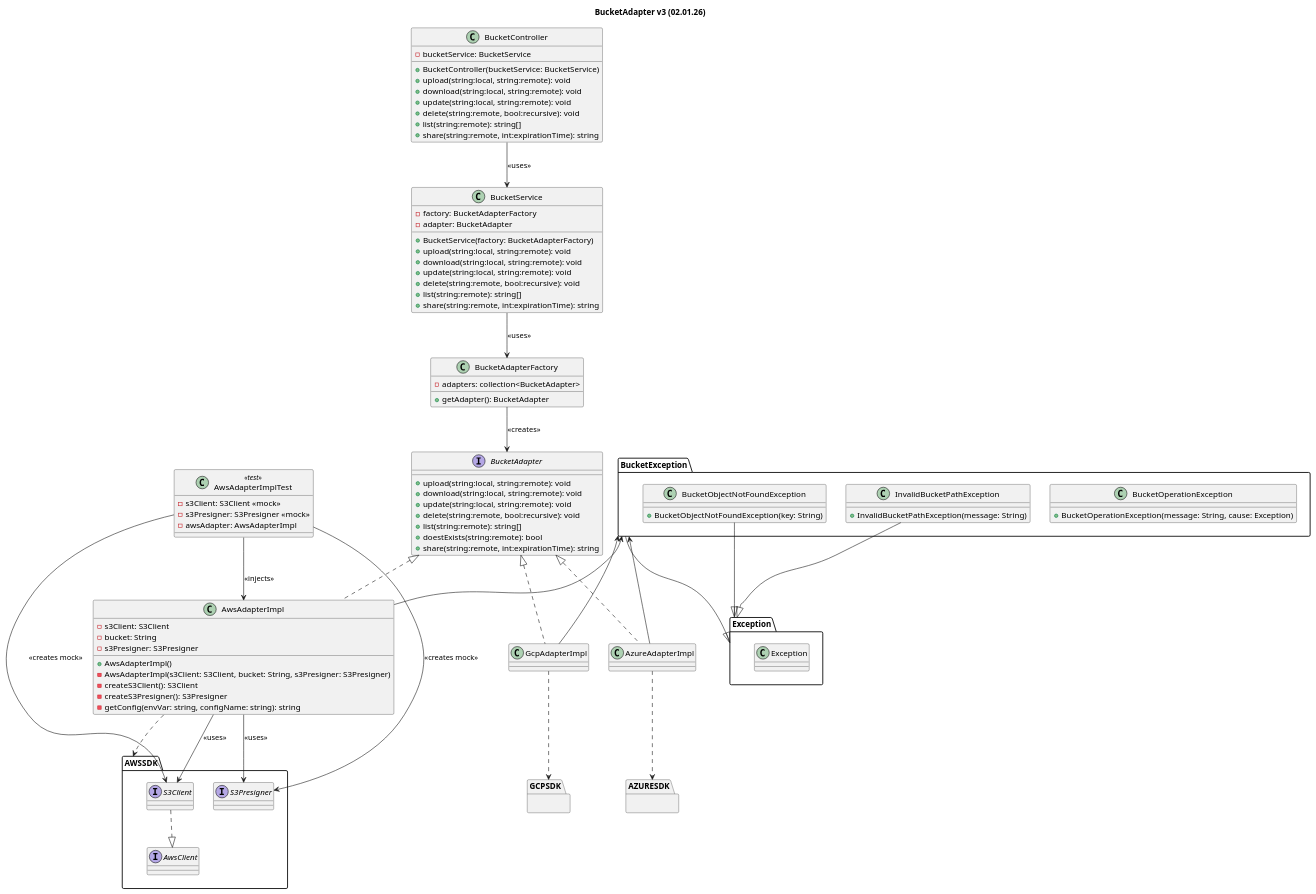
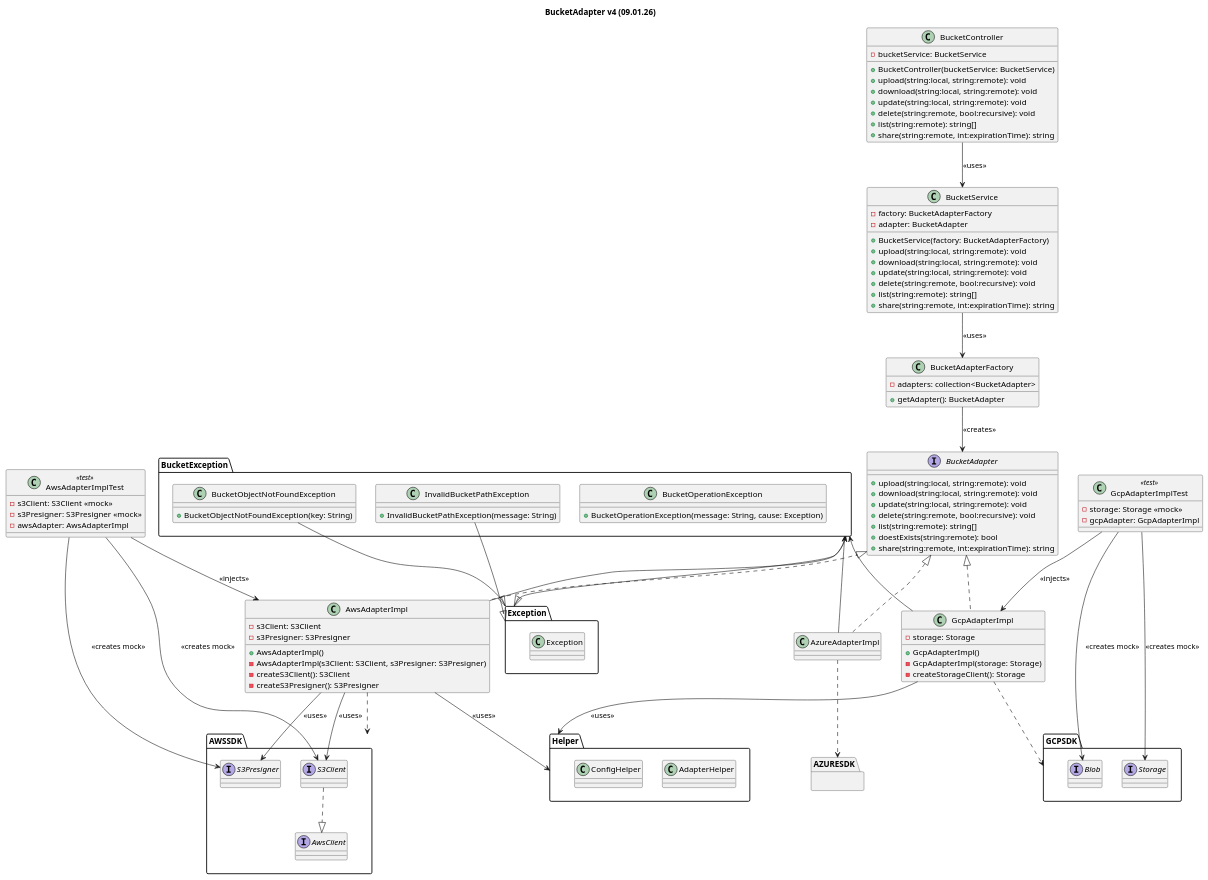
One commit to dieperid/bucket-adapter changed the diagram in docs/class-diagram.puml. Above: the diagram before and after it, drawn with PlantUML.

Commit message:
docs: added GCP

```diff
--- a/docs/class-diagram.puml
+++ b/docs/class-diagram.puml
@@ -1,126 +1,152 @@
 @startuml BucketAdapter
-title BucketAdapter v3 (02.01.26)
+title BucketAdapter v4 (09.01.26)
 
 class BucketController {
     - bucketService: BucketService
 
     + BucketController(bucketService: BucketService)
     + upload(string:local, string:remote): void
     + download(string:local, string:remote): void
     + update(string:local, string:remote): void
     + delete(string:remote, bool:recursive): void
     + list(string:remote): string[]
     + share(string:remote, int:expirationTime): string
 }
 
 class BucketService {
     - factory: BucketAdapterFactory
     - adapter: BucketAdapter
 
     + BucketService(factory: BucketAdapterFactory)
     + upload(string:local, string:remote): void
     + download(string:local, string:remote): void
     + update(string:local, string:remote): void
     + delete(string:remote, bool:recursive): void
     + list(string:remote): string[]
     + share(string:remote, int:expirationTime): string
 }
 
 class BucketAdapterFactory {
     - adapters: collection<BucketAdapter>
 
     + getAdapter(): BucketAdapter
 }
 
 interface BucketAdapter {
     + upload(string:local, string:remote): void
     + download(string:local, string:remote): void
     + update(string:local, string:remote): void
     + delete(string:remote, bool:recursive): void
     + list(string:remote): string[]
     + doestExists(string:remote): bool
     + share(string:remote, int:expirationTime): string
 }
 
 class AzureAdapterImpl
-class GcpAdapterImpl
+
+class GcpAdapterImpl {
+    - storage: Storage
+
+    + GcpAdapterImpl()
+    - GcpAdapterImpl(storage: Storage)
+    - createStorageClient(): Storage
+}
 
 class AwsAdapterImpl {
     - s3Client: S3Client
-    - bucket: String
     - s3Presigner: S3Presigner
 
     + AwsAdapterImpl()
-    - AwsAdapterImpl(s3Client: S3Client, bucket: String, s3Presigner: S3Presigner)
+    - AwsAdapterImpl(s3Client: S3Client, s3Presigner: S3Presigner)
     - createS3Client(): S3Client
     - createS3Presigner(): S3Presigner
-    - getConfig(envVar: string, configName: string): string
+}
+
+package Helper {
+    class AdapterHelper {}
+    class ConfigHelper {}
 }
 
 ' ---- SDK ----
 package AWSSDK {
     interface S3Client
     interface S3Presigner
     interface AwsClient
 }
 
-package GCPSDK {}
+package GCPSDK {
+    interface Storage
+    interface Blob
+}
+
 package AZURESDK {}
 
 ' ---- Exception ----
 package BucketException {
     class BucketOperationException {
         + BucketOperationException(message: String, cause: Exception)
     }
 
     class BucketObjectNotFoundException {
         + BucketObjectNotFoundException(key: String)
     }
 
     class InvalidBucketPathException {
         + InvalidBucketPathException(message: String)
     }
 }
 
 package Exception {
     class Exception
 }
 
 ' ---- Relationships ----
 BucketController --> BucketService : <<uses>>
 BucketService --> BucketAdapterFactory : <<uses>>
 BucketAdapterFactory --> BucketAdapter : <<creates>>
 
 BucketAdapter <|.. AwsAdapterImpl
 BucketAdapter <|.. GcpAdapterImpl
 BucketAdapter <|.. AzureAdapterImpl
 
 BucketException <-- AwsAdapterImpl
 BucketException <-- GcpAdapterImpl
 BucketException <-- AzureAdapterImpl
 
 BucketException --|> Exception
 BucketObjectNotFoundException --|> Exception
 InvalidBucketPathException --|> Exception
 
+GcpAdapterImpl --> Helper : <<uses>>
+AwsAdapterImpl --> Helper : <<uses>>
+
 ' Dependency Injection instead of instantiation
 AwsAdapterImpl --> S3Client : <<uses>>
 AwsAdapterImpl --> S3Presigner : <<uses>>
 S3Client ..|> AwsClient
 
 AwsAdapterImpl ..> AWSSDK
 GcpAdapterImpl ..> GCPSDK
 AzureAdapterImpl ..> AZURESDK
 
 ' ---- Test ----
 class AwsAdapterImplTest <<test>> {
     - s3Client: S3Client <<mock>>
     - s3Presigner: S3Presigner <<mock>>
     - awsAdapter: AwsAdapterImpl
 }
 
+class GcpAdapterImplTest <<test>> {
+    - storage: Storage <<mock>>
+    - gcpAdapter: GcpAdapterImpl
+}
+
 AwsAdapterImplTest --> AwsAdapterImpl : <<injects>>
 AwsAdapterImplTest --> S3Client : <<creates mock>>
 AwsAdapterImplTest --> S3Presigner : <<creates mock>>
 
+GcpAdapterImplTest --> GcpAdapterImpl : <<injects>>
+GcpAdapterImplTest --> Storage : <<creates mock>>
+GcpAdapterImplTest --> Blob : <<creates mock>>
+
 @enduml
```
